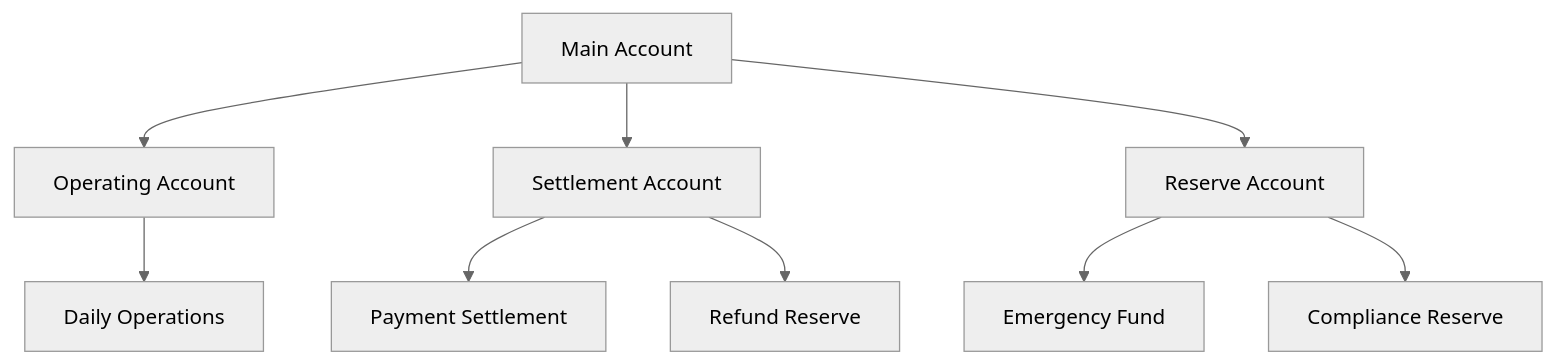
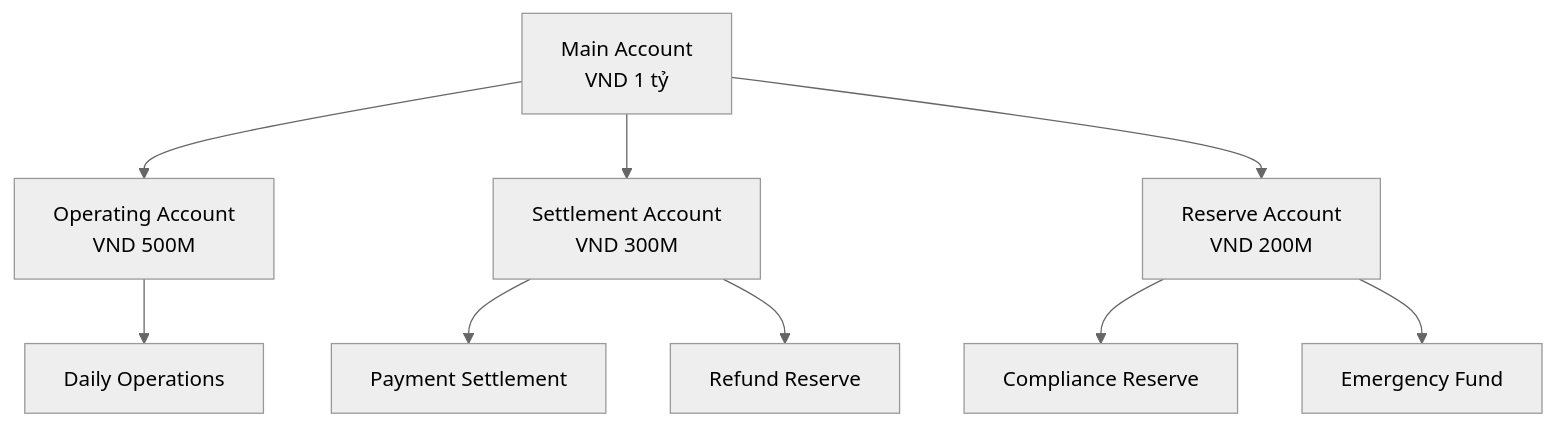
One commit to PhuMBT/eWallet_CBS changed the fifth of 5 diagrams in docs/cbs-sdk-finance/03-account-management.md. Above: the diagram before and after it, drawn with Mermaid (neutral theme). The commit also changed other lines of this file, not shown here.

First line of the commit message:
refactor(account): Rewrite Account Management for deposit accounts focus

````diff
--- a/docs/cbs-sdk-finance/03-account-management.md
+++ b/docs/cbs-sdk-finance/03-account-management.md
@@ -312,12 +993,12 @@
 ```mermaid
 graph TD
-    A[Main Account] --> B[Operating Account]
-    A --> C[Settlement Account]
-    A --> D[Reserve Account]
+    A[Main Account<br/>VND 1 tỷ] --> B[Operating Account<br/>VND 500M]
+    A --> C[Settlement Account<br/>VND 300M]
+    A --> D[Reserve Account<br/>VND 200M]
     
     B --> B1[Daily Operations]
     C --> C1[Payment Settlement]
     C --> C2[Refund Reserve]
-    D --> D1[Emergency Fund]
-    D --> D2[Compliance Reserve]
+    D --> D1[Compliance Reserve]
+    D --> D2[Emergency Fund]
 ```
````
